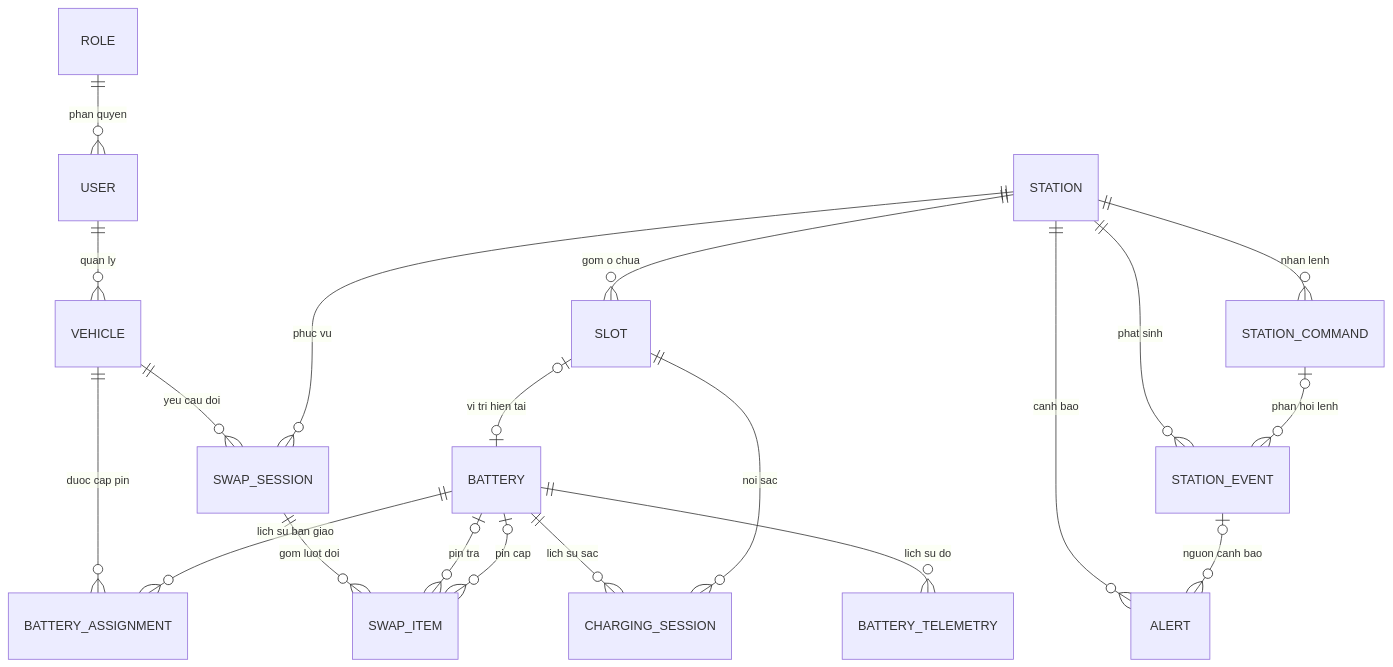
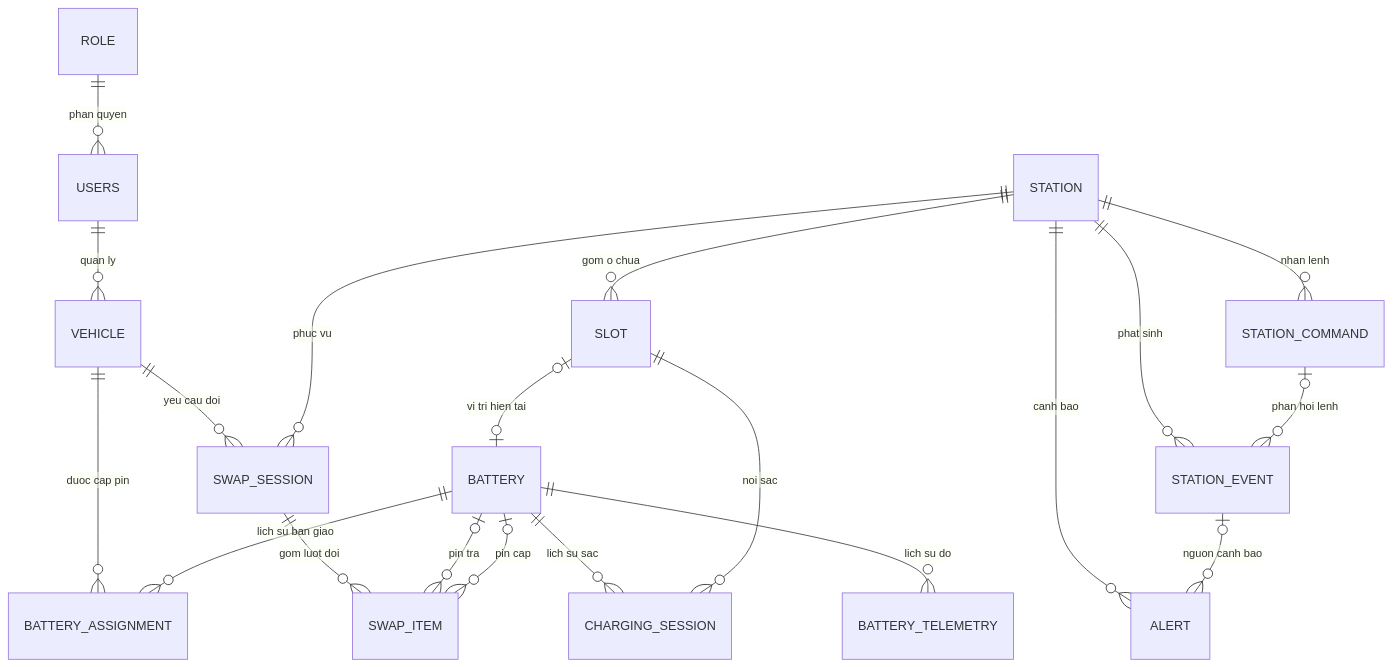
One commit to DanhVuxT/E-BatterySwap changed the diagram in docs/database/erd-diagram.md. Above: the diagram before and after it, drawn with Mermaid. The commit also changed other lines of this file, not shown here.

Commit message:
docs(database): rename User entity to Users in ERD

````diff
--- a/docs/database/erd-diagram.md
+++ b/docs/database/erd-diagram.md
@@ -30,27 +30,27 @@
 ```mermaid
 erDiagram
-    ROLE ||--o{ USER : "phan quyen"
-    USER ||--o{ VEHICLE : "quan ly"
+    ROLE ||--o{ USERS : "phan quyen"
+    USERS ||--o{ VEHICLE : "quan ly"
 
     VEHICLE ||--o{ BATTERY_ASSIGNMENT : "duoc cap pin"
     BATTERY ||--o{ BATTERY_ASSIGNMENT : "lich su ban giao"
 
     STATION ||--o{ SLOT : "gom o chua"
     BATTERY ||--o{ BATTERY_TELEMETRY : "lich su do"
     BATTERY ||--o{ CHARGING_SESSION : "lich su sac"
     SLOT ||--o{ CHARGING_SESSION : "noi sac"
 
     VEHICLE ||--o{ SWAP_SESSION : "yeu cau doi"
     STATION ||--o{ SWAP_SESSION : "phuc vu"
     SWAP_SESSION ||--o{ SWAP_ITEM : "gom luot doi"
     BATTERY |o--o{ SWAP_ITEM : "pin tra"
     BATTERY |o--o{ SWAP_ITEM : "pin cap"
 
     STATION ||--o{ STATION_COMMAND : "nhan lenh"
     STATION ||--o{ STATION_EVENT : "phat sinh"
     STATION ||--o{ ALERT : "canh bao"
 
     STATION_COMMAND |o--o{ STATION_EVENT : "phan hoi lenh"
     STATION_EVENT |o--o{ ALERT : "nguon canh bao"
     SLOT |o--o| BATTERY : "vi tri hien tai"
 ```
````
